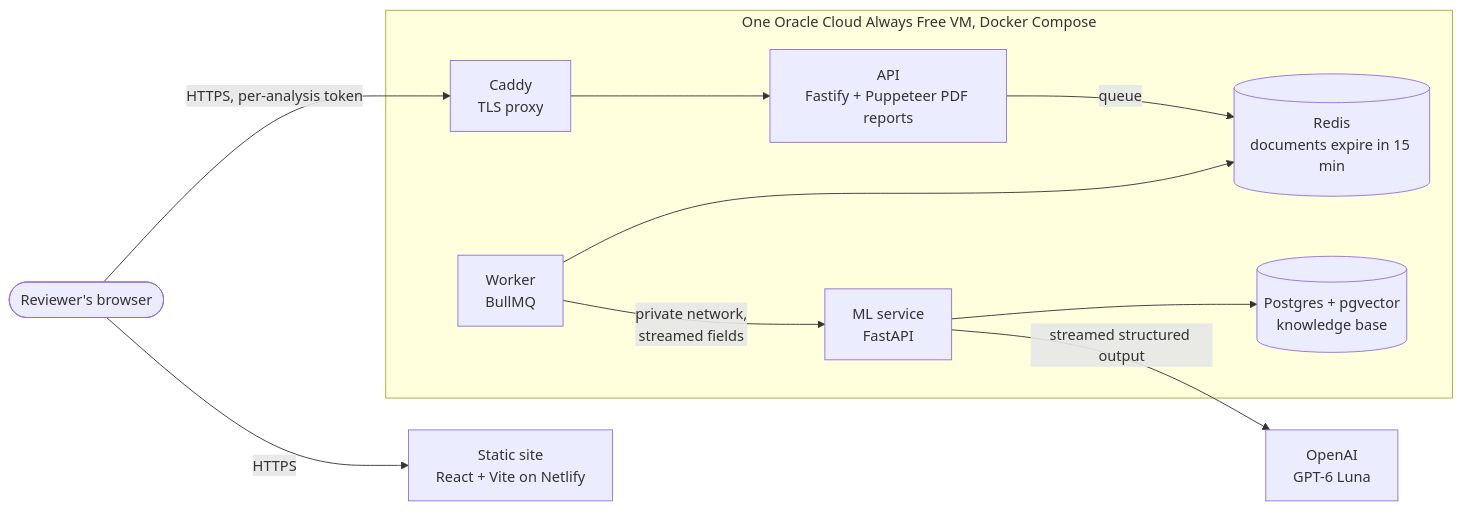
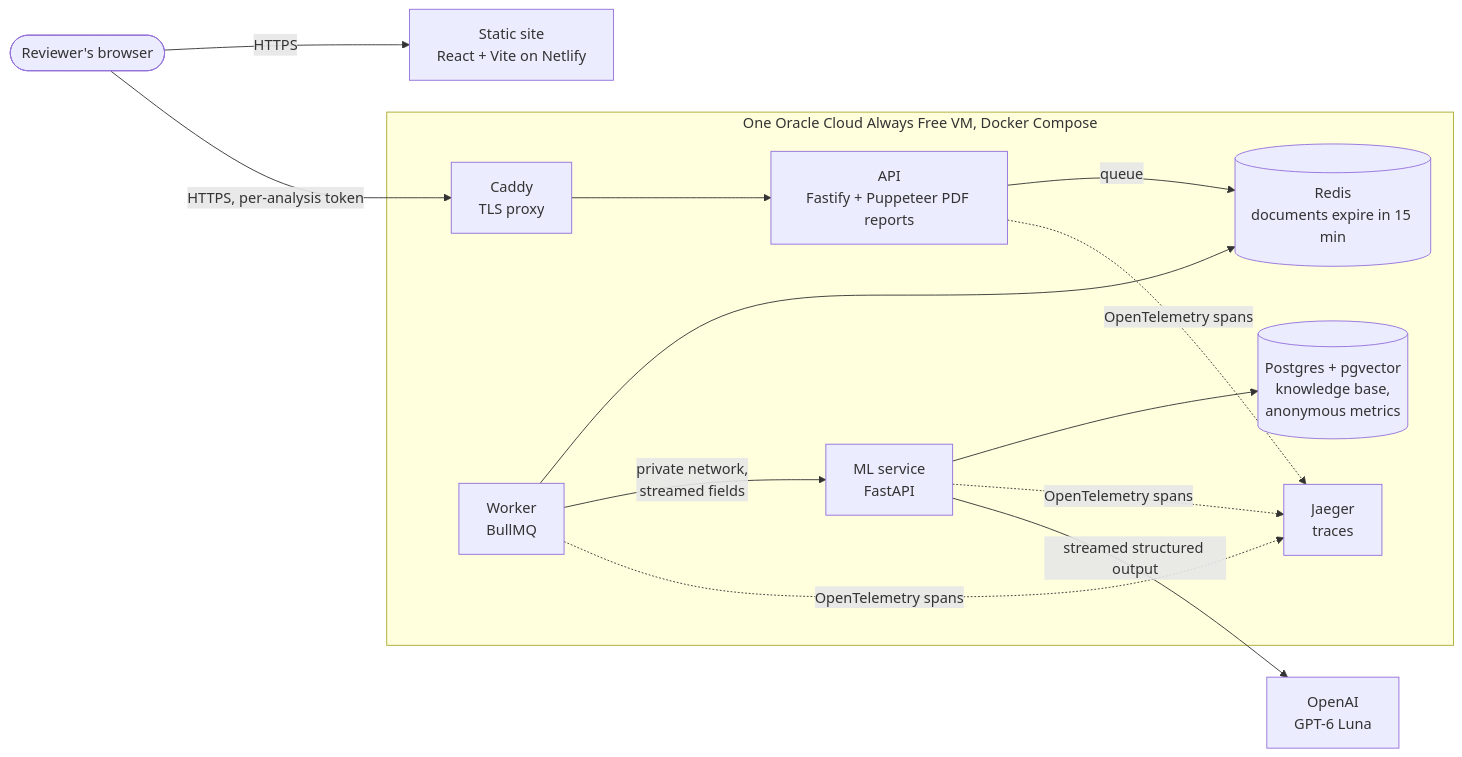
Before and after one commit to Weasley18/hirelens: the diagram in README.md, drawn with Mermaid. The commit also changed other lines of this file and 3 other files, not shown here.

````diff
--- a/README.md
+++ b/README.md
@@ -49,13 +54,14 @@
 ```mermaid
 flowchart LR
   user([Reviewer's browser]) -->|HTTPS| web[Static site<br/>React + Vite on Netlify]
   user -->|HTTPS, per-analysis token| caddy[Caddy<br/>TLS proxy]
   subgraph vm [One Oracle Cloud Always Free VM, Docker Compose]
     caddy --> api[API<br/>Fastify + Puppeteer PDF reports]
     api -->|queue| redis[(Redis<br/>documents expire in 15 min)]
     worker[Worker<br/>BullMQ] --> redis
     worker -->|private network,<br/>streamed fields| ml[ML service<br/>FastAPI]
-    ml --> pg[(Postgres + pgvector<br/>knowledge base)]
+    ml --> pg[(Postgres + pgvector<br/>knowledge base,<br/>anonymous metrics)]
+    api & worker & ml -.->|OpenTelemetry spans| jaeger[Jaeger<br/>traces]
   end
   ml -->|streamed structured output| llm[OpenAI<br/>GPT-6 Luna]
 ```
````
